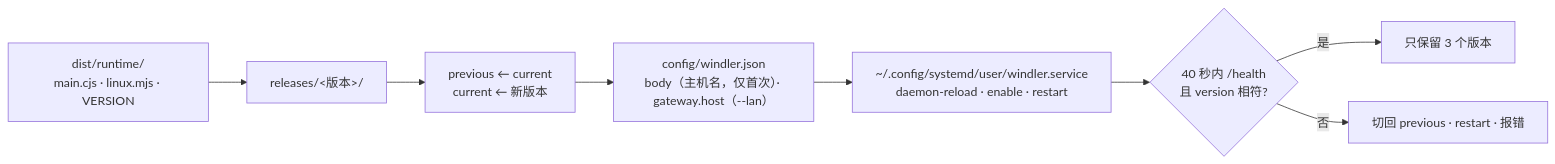
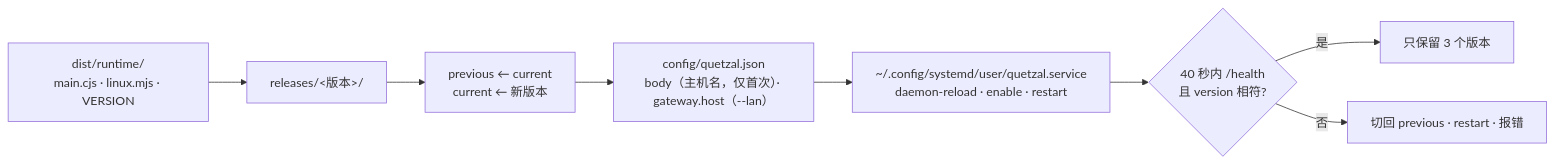
The diagram in cli/docs/ARCHITECTURE.md (Causally-XYZ/Project.Quetzal), drawn with Mermaid before and after one commit. The commit also changed other lines of this file and 150 other files, not shown here.

First line of the commit message:
更名为 Quetzal：运行基座、控制台、npm 包、官网、文档全部由 Windler 改名

````diff
--- a/cli/docs/ARCHITECTURE.md
+++ b/cli/docs/ARCHITECTURE.md
@@ -20,10 +20,10 @@
 ```mermaid
 flowchart LR
   A["dist/runtime/<br/>main.cjs · linux.mjs · VERSION"] --> B["releases/<版本>/"]
   B --> C["previous ← current<br/>current ← 新版本"]
-  C --> D["config/windler.json<br/>body（主机名，仅首次）· gateway.host（--lan）"]
-  D --> E["~/.config/systemd/user/windler.service<br/>daemon-reload · enable · restart"]
+  C --> D["config/quetzal.json<br/>body（主机名，仅首次）· gateway.host（--lan）"]
+  D --> E["~/.config/systemd/user/quetzal.service<br/>daemon-reload · enable · restart"]
   E --> F{"40 秒内 /health<br/>且 version 相符?"}
   F -- 是 --> G["只保留 3 个版本"]
   F -- 否 --> H["切回 previous · restart · 报错"]
 ```
````
